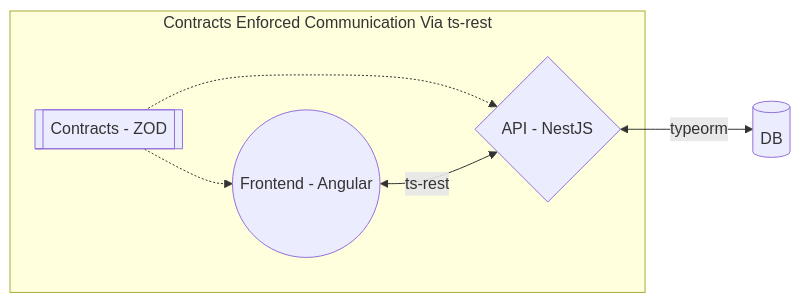
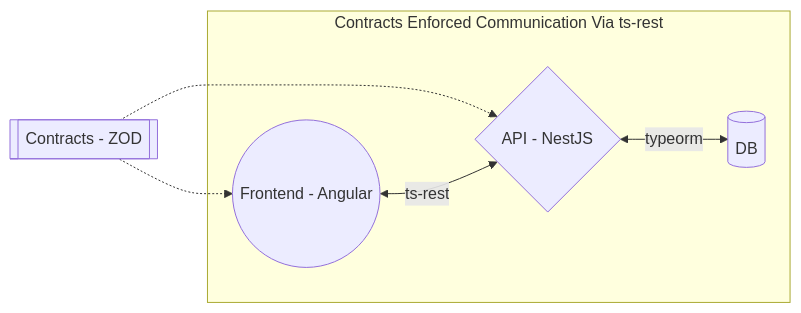
The diagram in README.md (wlee88/cheesus), drawn with Mermaid before and after one commit. The commit also changed other lines of this file, not shown here.

Commit message:
feat: slightly clearer mermaid diagram

````diff
--- a/README.md
+++ b/README.md
@@ -8,16 +8,18 @@
 ```mermaid
 graph LR
 
     A((Frontend - Angular))
     B{API - NestJS}
     C[(DB)]
     D[[Contracts - ZOD]]
 
-subgraph Contracts Enforced Communication Via ts-rest
     D -.-> A
     D -.-> B
-end
+    
+subgraph Contracts Enforced Communication Via ts-rest
+
     A <-->|ts-rest| B
     B <-->|typeorm| C
+end
 
 ```
````
